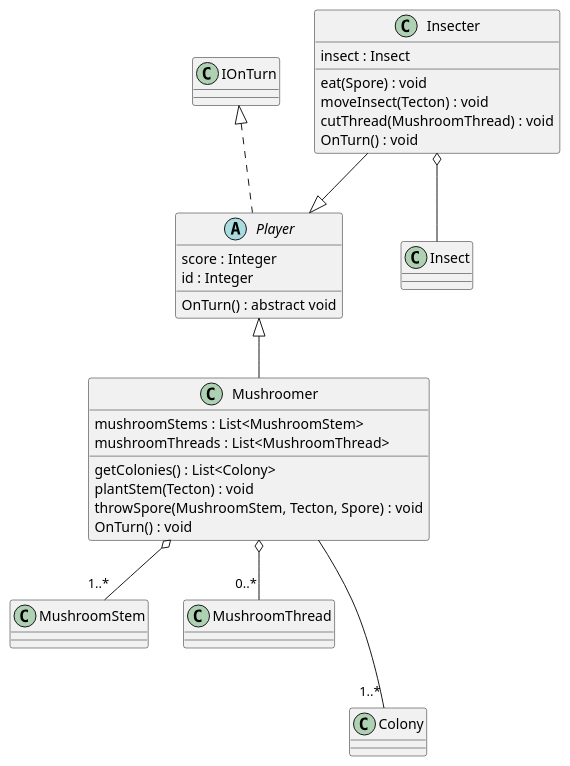
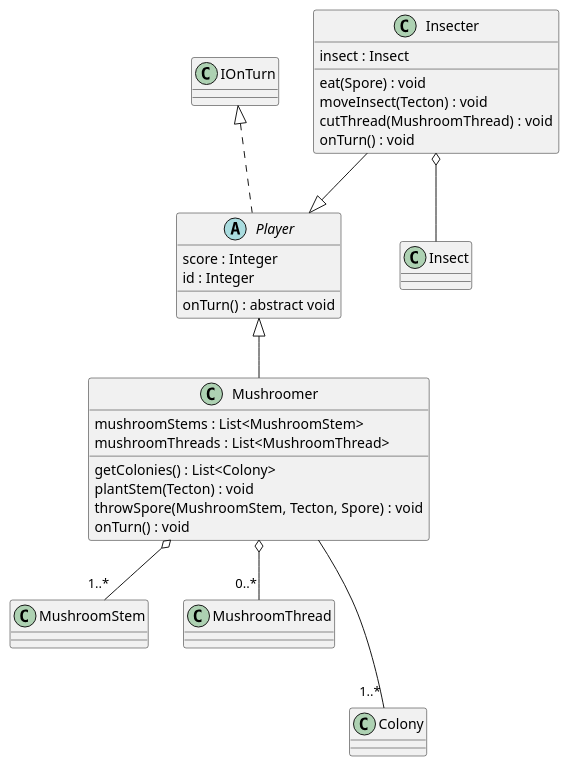
The diagram in 3/classes/player.puml (Petya-G/fungorium), drawn with PlantUML before and after one commit. The commit also changed 6 other files, not shown here.

```diff
--- a/3/classes/player.puml
+++ b/3/classes/player.puml
@@ -1,31 +1,31 @@
 @startuml player
 IOnTurn <|.. Player
 abstract class Player{
     score : Integer
     id : Integer
-    OnTurn() : abstract void
+    onTurn() : abstract void
 }
 
 Player <|-- Mushroomer
 Mushroomer o-- "1..*" MushroomStem
 Mushroomer o-- "0..*" MushroomThread
 Mushroomer --- "1..*" Colony
 class Mushroomer{
     mushroomStems : List<MushroomStem>
     mushroomThreads : List<MushroomThread>
     getColonies() : List<Colony>
     plantStem(Tecton) : void
     throwSpore(MushroomStem, Tecton, Spore) : void
-    OnTurn() : void
+    onTurn() : void
 }
 
 Insecter --|> Player
 Insecter o-- Insect
 class Insecter{
     insect : Insect
     eat(Spore) : void
     moveInsect(Tecton) : void
     cutThread(MushroomThread) : void
-    OnTurn() : void
+    onTurn() : void
 }
 @enduml
```
